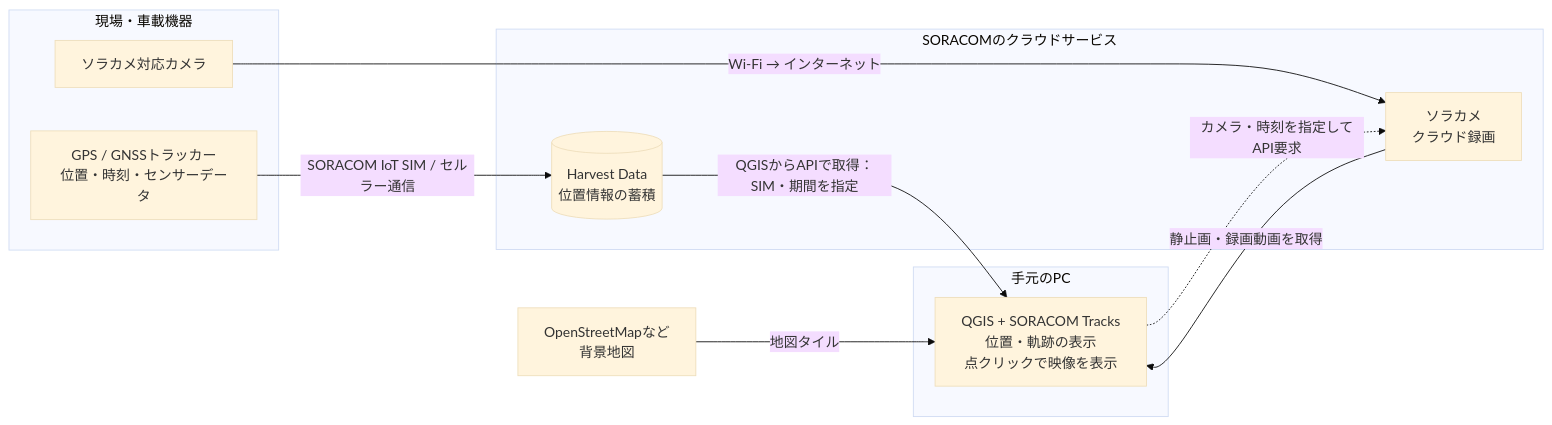
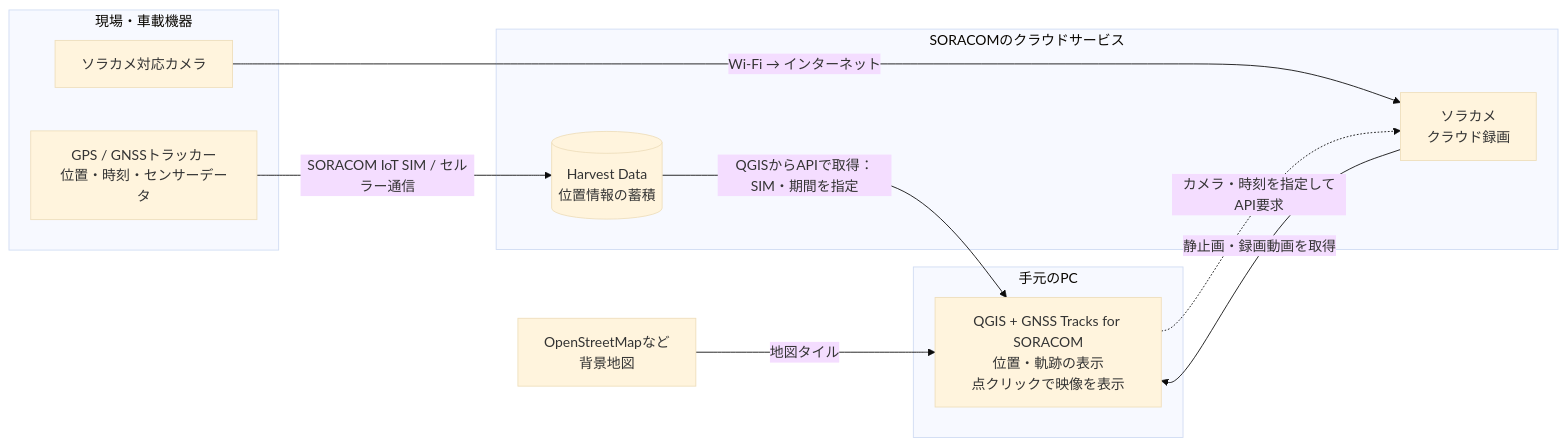
Before and after one commit to takao2704/qgis-soracom-tracks: the diagram in README.md, drawn with Mermaid (base theme). The commit also changed other lines of this file and 9 other files, not shown here.

Commit message:
chore: rename plugin to GNSS Tracks for SORACOM

````diff
--- a/README.md
+++ b/README.md
@@ -11,20 +11,20 @@
 ```mermaid
 flowchart LR
     subgraph field["現場・車載機器"]
         tracker["GPS / GNSSトラッカー<br/>位置・時刻・センサーデータ"]
         camera["ソラカメ対応カメラ"]
     end
     subgraph cloud["SORACOMのクラウドサービス"]
         harvest[("Harvest Data<br/>位置情報の蓄積")]
         soracam["ソラカメ<br/>クラウド録画"]
     end
     subgraph pc["手元のPC"]
-        qgis["QGIS + SORACOM Tracks<br/>位置・軌跡の表示<br/>点クリックで映像を表示"]
+        qgis["QGIS + GNSS Tracks for SORACOM<br/>位置・軌跡の表示<br/>点クリックで映像を表示"]
     end
     tracker -->|"SORACOM IoT SIM / セルラー通信"| harvest
     camera -->|"Wi-Fi → インターネット"| soracam
     harvest -->|"QGISからAPIで取得：SIM・期間を指定"| qgis
     qgis -.->|"カメラ・時刻を指定してAPI要求"| soracam
     soracam -->|"静止画・録画動画を取得"| qgis
     osm["OpenStreetMapなど<br/>背景地図"] -->|"地図タイル"| qgis
 ```
````
